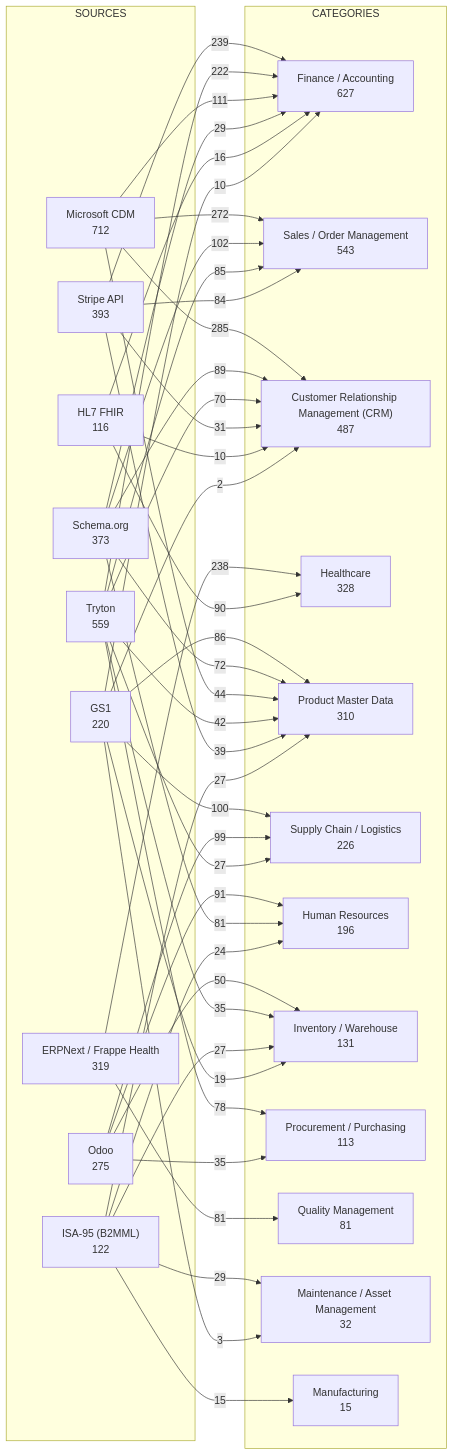
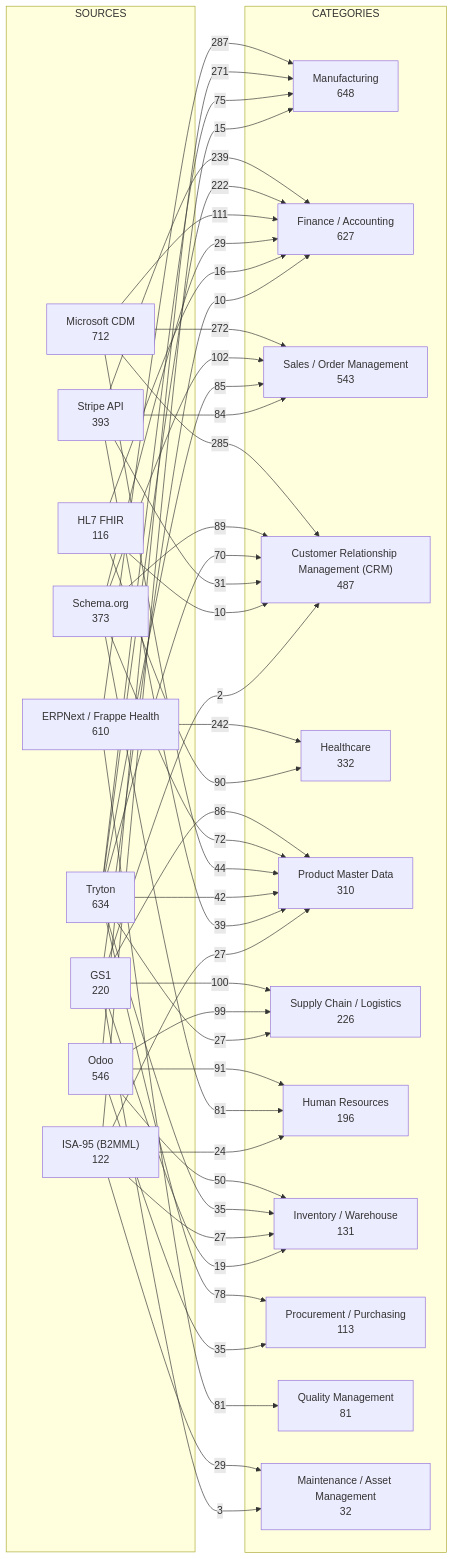
One commit to cloud3000/opensource-data-dict changed the third of 3 diagrams in DATA_MODEL.md. Above: the diagram before and after it, drawn with Mermaid. The commit also changed other lines of this file and 18 other files, not shown here.

````diff
--- a/DATA_MODEL.md
+++ b/DATA_MODEL.md
@@ -72,68 +72,71 @@
 ```mermaid
 flowchart LR
     subgraph SOURCES
         S0["Microsoft CDM<br/>712"]
-        S1["Tryton<br/>559"]
-        S2["Stripe API<br/>393"]
-        S3["Schema.org<br/>373"]
-        S4["ERPNext / Frappe Health<br/>319"]
-        S5["Odoo<br/>275"]
+        S1["Tryton<br/>634"]
+        S2["ERPNext / Frappe Health<br/>610"]
+        S3["Odoo<br/>546"]
+        S4["Stripe API<br/>393"]
+        S5["Schema.org<br/>373"]
         S6["GS1<br/>220"]
         S7["ISA-95 (B2MML)<br/>122"]
         S8["HL7 FHIR<br/>116"]
     end
     subgraph CATEGORIES
-        C0["Finance / Accounting<br/>627"]
-        C1["Sales / Order Management<br/>543"]
-        C2["Customer Relationship Management (CRM)<br/>487"]
-        C3["Healthcare<br/>328"]
-        C4["Product Master Data<br/>310"]
-        C5["Supply Chain / Logistics<br/>226"]
-        C6["Human Resources<br/>196"]
-        C7["Inventory / Warehouse<br/>131"]
-        C8["Procurement / Purchasing<br/>113"]
-        C9["Quality Management<br/>81"]
-        C10["Maintenance / Asset Management<br/>32"]
-        C11["Manufacturing<br/>15"]
+        C0["Manufacturing<br/>648"]
+        C1["Finance / Accounting<br/>627"]
+        C2["Sales / Order Management<br/>543"]
+        C3["Customer Relationship Management (CRM)<br/>487"]
+        C4["Healthcare<br/>332"]
+        C5["Product Master Data<br/>310"]
+        C6["Supply Chain / Logistics<br/>226"]
+        C7["Human Resources<br/>196"]
+        C8["Inventory / Warehouse<br/>131"]
+        C9["Procurement / Purchasing<br/>113"]
+        C10["Quality Management<br/>81"]
+        C11["Maintenance / Asset Management<br/>32"]
     end
-    S2 -->|239| C0
-    S1 -->|222| C0
-    S0 -->|111| C0
-    S3 -->|29| C0
-    S8 -->|16| C0
-    S6 -->|10| C0
-    S0 -->|272| C1
-    S3 -->|102| C1
-    S1 -->|85| C1
-    S2 -->|84| C1
-    S0 -->|285| C2
-    S3 -->|89| C2
-    S1 -->|70| C2
-    S2 -->|31| C2
-    S8 -->|10| C2
-    S6 -->|2| C2
-    S4 -->|238| C3
-    S8 -->|90| C3
-    S6 -->|86| C4
-    S3 -->|72| C4
-    S0 -->|44| C4
-    S1 -->|42| C4
-    S2 -->|39| C4
-    S7 -->|27| C4
-    S6 -->|100| C5
-    S5 -->|99| C5
-    S1 -->|27| C5
-    S5 -->|91| C6
-    S3 -->|81| C6
-    S7 -->|24| C6
-    S5 -->|50| C7
-    S1 -->|35| C7
-    S7 -->|27| C7
-    S6 -->|19| C7
-    S1 -->|78| C8
-    S5 -->|35| C8
-    S4 -->|81| C9
-    S7 -->|29| C10
-    S6 -->|3| C10
-    S7 -->|15| C11
+    S2 -->|287| C0
+    S3 -->|271| C0
+    S1 -->|75| C0
+    S7 -->|15| C0
+    S4 -->|239| C1
+    S1 -->|222| C1
+    S0 -->|111| C1
+    S5 -->|29| C1
+    S8 -->|16| C1
+    S6 -->|10| C1
+    S0 -->|272| C2
+    S5 -->|102| C2
+    S1 -->|85| C2
+    S4 -->|84| C2
+    S0 -->|285| C3
+    S5 -->|89| C3
+    S1 -->|70| C3
+    S4 -->|31| C3
+    S8 -->|10| C3
+    S6 -->|2| C3
+    S2 -->|242| C4
+    S8 -->|90| C4
+    S6 -->|86| C5
+    S5 -->|72| C5
+    S0 -->|44| C5
+    S1 -->|42| C5
+    S4 -->|39| C5
+    S7 -->|27| C5
+    S6 -->|100| C6
+    S3 -->|99| C6
+    S1 -->|27| C6
+    S3 -->|91| C7
+    S5 -->|81| C7
+    S7 -->|24| C7
+    S3 -->|50| C8
+    S1 -->|35| C8
+    S7 -->|27| C8
+    S6 -->|19| C8
+    S1 -->|78| C9
+    S3 -->|35| C9
+    S2 -->|81| C10
+    S7 -->|29| C11
+    S6 -->|3| C11
 ```
````
